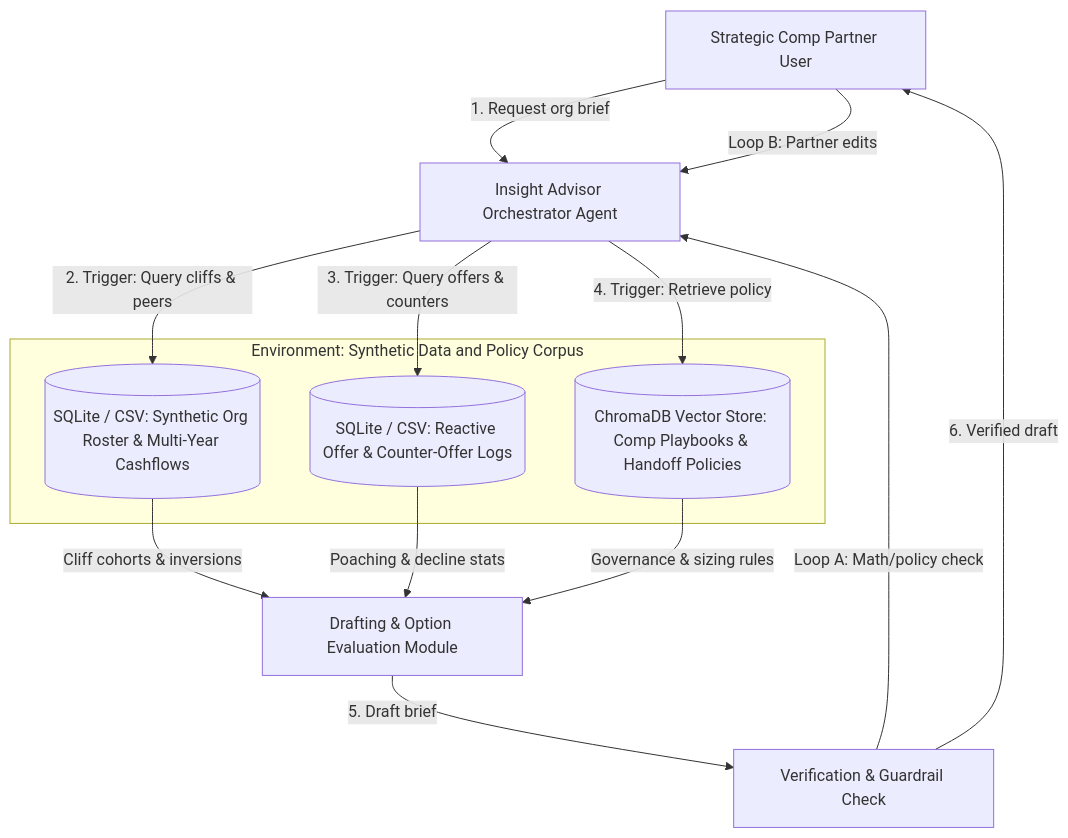
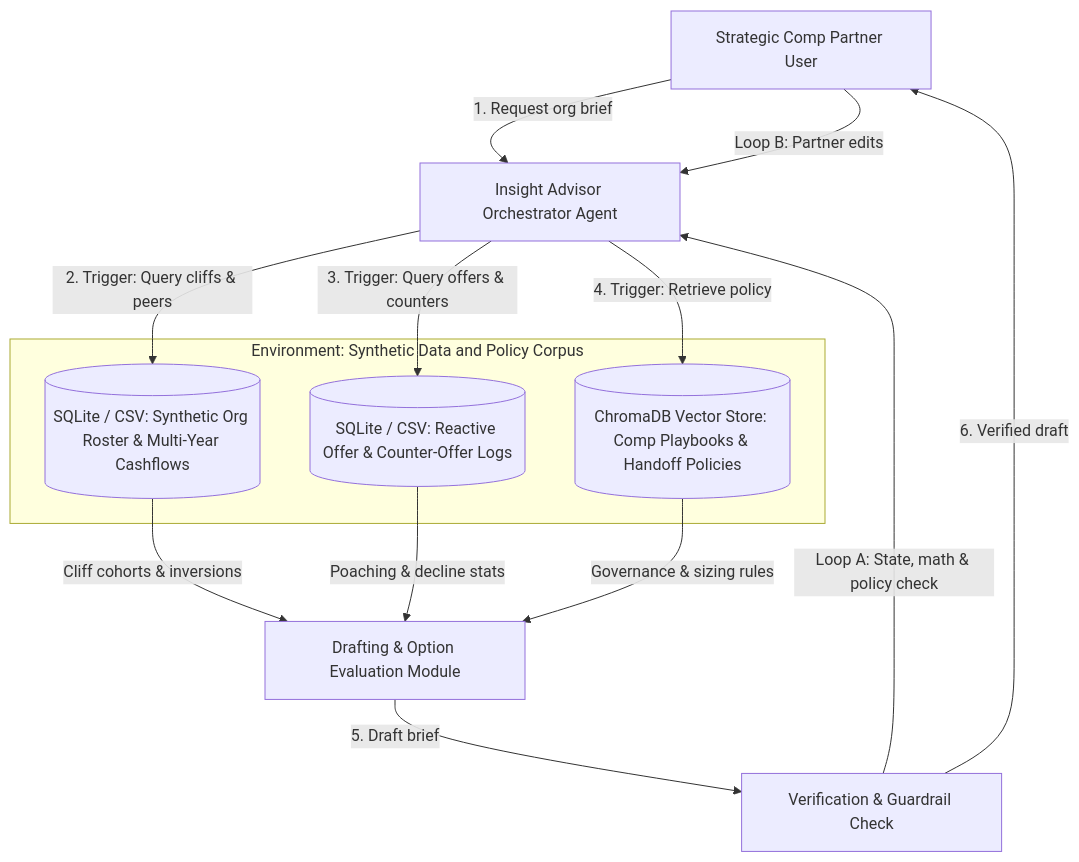
The diagram in checkpoints/checkpoint_1_1.md (pedrogriff/comp-insight-advisor), drawn with Mermaid before and after one commit. The commit also changed other lines of this file and 11 other files, not shown here.

Commit message:
feat(checkpoint-1.1): finalize design, sync lab learnings, and neutralize synthetic schema

````diff
--- a/checkpoints/checkpoint_1_1.md
+++ b/checkpoints/checkpoint_1_1.md
@@ -5,24 +5,24 @@
 ```mermaid
 flowchart TD
     User["Strategic Comp Partner User"] -->|"1. Request org brief"| Orch["Insight Advisor Orchestrator Agent"]
     
     subgraph Env["Environment: Synthetic Data and Policy Corpus"]
         DB1[("SQLite / CSV: Synthetic Org Roster & Multi-Year Cashflows")]
         DB2[("SQLite / CSV: Reactive Offer & Counter-Offer Logs")]
         RAG[("ChromaDB Vector Store: Comp Playbooks & Handoff Policies")]
     end
 
     Orch -->|"2. Trigger: Query cliffs & peers"| DB1
     Orch -->|"3. Trigger: Query offers & counters"| DB2
     Orch -->|"4. Trigger: Retrieve policy"| RAG
 
     DB1 -->|"Cliff cohorts & inversions"| Synth["Drafting & Option Evaluation Module"]
     DB2 -->|"Poaching & decline stats"| Synth
     RAG -->|"Governance & sizing rules"| Synth
 
     Synth -->|"5. Draft brief"| Verifier["Verification & Guardrail Check"]
     
-    Verifier -->|"Loop A: Math/policy check"| Orch
+    Verifier -->|"Loop A: State, math & policy check"| Orch
     Verifier -->|"6. Verified draft"| User
     User -->|"Loop B: Partner edits"| Orch
 ```
````
